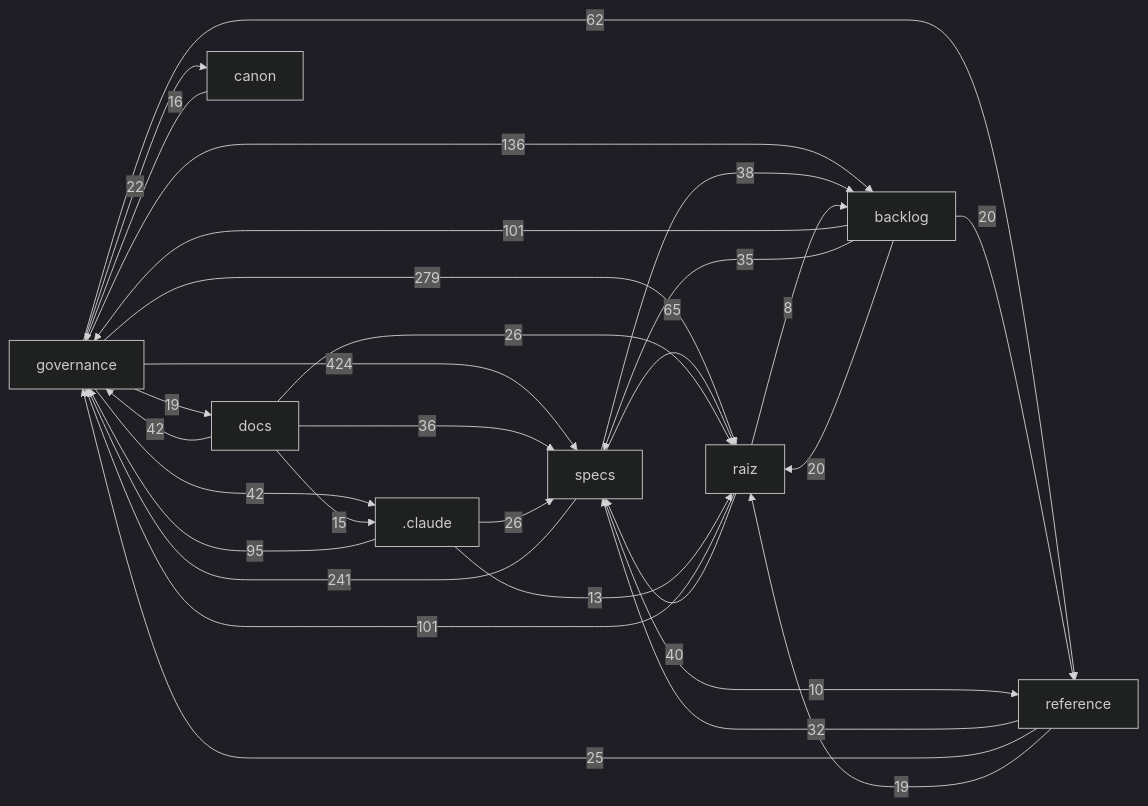
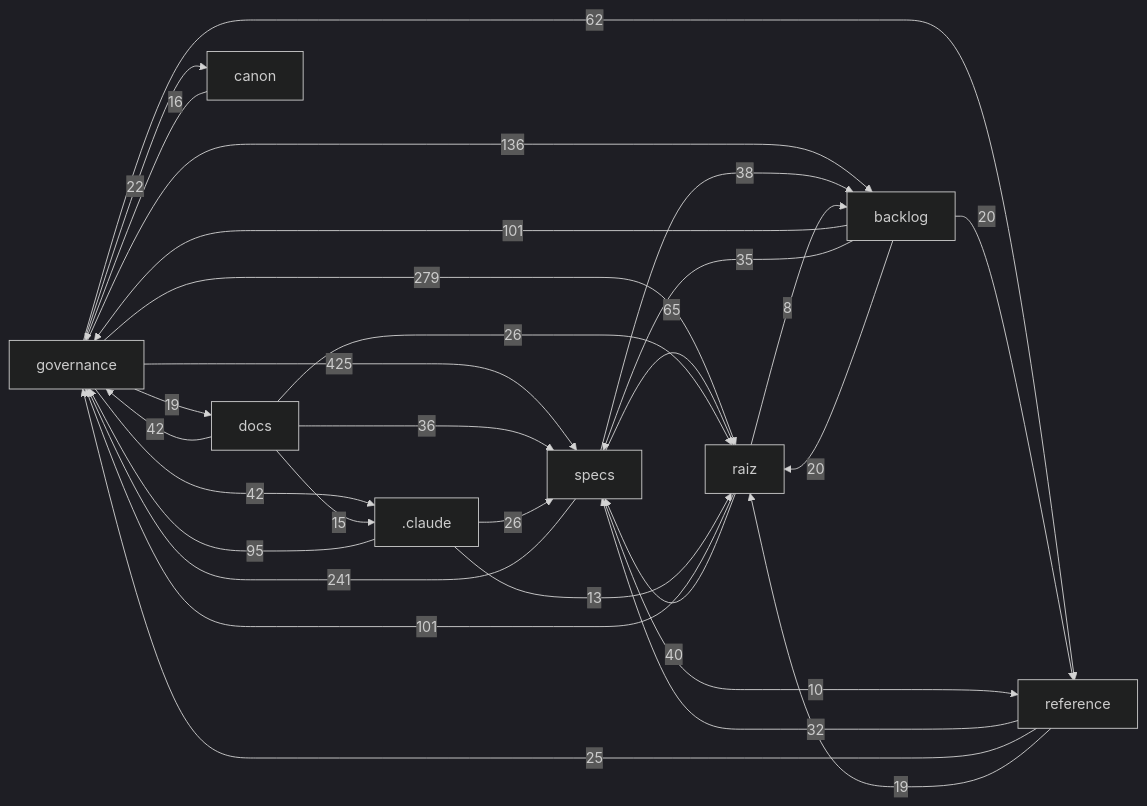
One commit to Andraus35/Sistema-Operacional-de-Trading--SOT changed the diagram in docs/mapa/MAPA-PROJETO.md. Above: the diagram before and after it, drawn with Mermaid (dark theme). The commit also changed other lines of this file and 1 other file, not shown here.

````diff
--- a/docs/mapa/MAPA-PROJETO.md
+++ b/docs/mapa/MAPA-PROJETO.md
@@ -29,32 +29,32 @@
 ```mermaid
 flowchart LR
-  governance["governance"] -->|424| specs["specs"]
+  governance["governance"] -->|425| specs["specs"]
   governance["governance"] -->|279| raiz["raiz"]
   specs["specs"] -->|241| governance["governance"]
   governance["governance"] -->|136| backlog["backlog"]
   raiz["raiz"] -->|101| governance["governance"]
   backlog["backlog"] -->|101| governance["governance"]
   _claude[".claude"] -->|95| governance["governance"]
   specs["specs"] -->|65| raiz["raiz"]
   governance["governance"] -->|62| reference["reference"]
   docs["docs"] -->|42| governance["governance"]
   governance["governance"] -->|42| _claude[".claude"]
   raiz["raiz"] -->|40| specs["specs"]
   specs["specs"] -->|38| backlog["backlog"]
   docs["docs"] -->|36| specs["specs"]
   backlog["backlog"] -->|35| specs["specs"]
   reference["reference"] -->|32| specs["specs"]
   _claude[".claude"] -->|26| specs["specs"]
   docs["docs"] -->|26| raiz["raiz"]
   reference["reference"] -->|25| governance["governance"]
   governance["governance"] -->|22| canon["canon"]
   backlog["backlog"] -->|20| raiz["raiz"]
   backlog["backlog"] -->|20| reference["reference"]
   governance["governance"] -->|19| docs["docs"]
   reference["reference"] -->|19| raiz["raiz"]
   canon["canon"] -->|16| governance["governance"]
   docs["docs"] -->|15| _claude[".claude"]
   _claude[".claude"] -->|13| raiz["raiz"]
   specs["specs"] -->|10| reference["reference"]
   raiz["raiz"] -->|8| backlog["backlog"]
 ```
````
